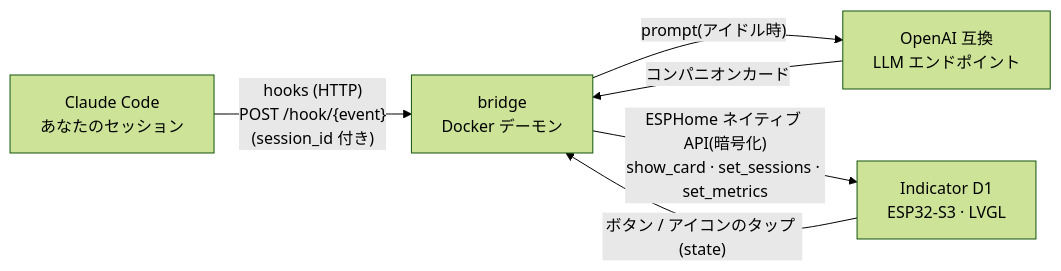
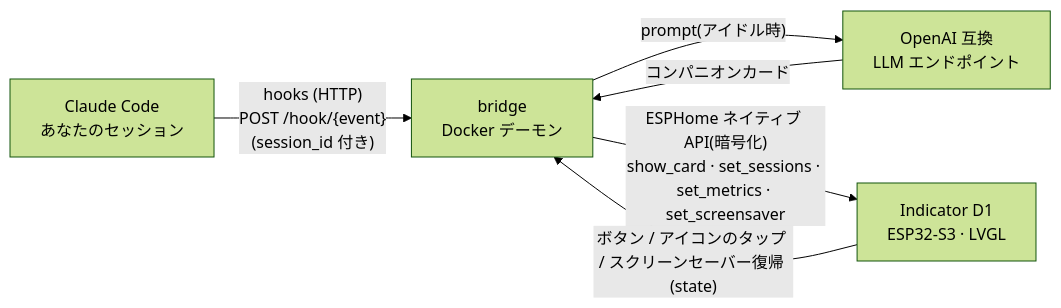
One commit to yufeikang/indicator-ai-companion changed the diagram in README.ja.md. Above: the diagram before and after it, drawn with Mermaid (forest theme). The commit also changed other lines of this file and 12 other files, not shown here.

````diff
--- a/README.ja.md
+++ b/README.ja.md
@@ -26,13 +27,13 @@
 ```mermaid
 flowchart LR
     CC["Claude Code<br/>あなたのセッション"]
     BR["bridge<br/>Docker デーモン"]
     LLM["OpenAI 互換<br/>LLM エンドポイント"]
     DEV["Indicator D1<br/>ESP32-S3 · LVGL"]
 
     CC -- "hooks (HTTP)<br/>POST /hook/{event}<br/>(session_id 付き)" --> BR
     BR -- "prompt(アイドル時)" --> LLM
     LLM -- "コンパニオンカード" --> BR
-    BR -- "ESPHome ネイティブ API(暗号化)<br/>show_card · set_sessions · set_metrics" --> DEV
-    DEV -- "ボタン / アイコンのタップ (state)" --> BR
+    BR -- "ESPHome ネイティブ API(暗号化)<br/>show_card · set_sessions · set_metrics · set_screensaver" --> DEV
+    DEV -- "ボタン / アイコンのタップ / スクリーンセーバー復帰 (state)" --> BR
 ```
````
